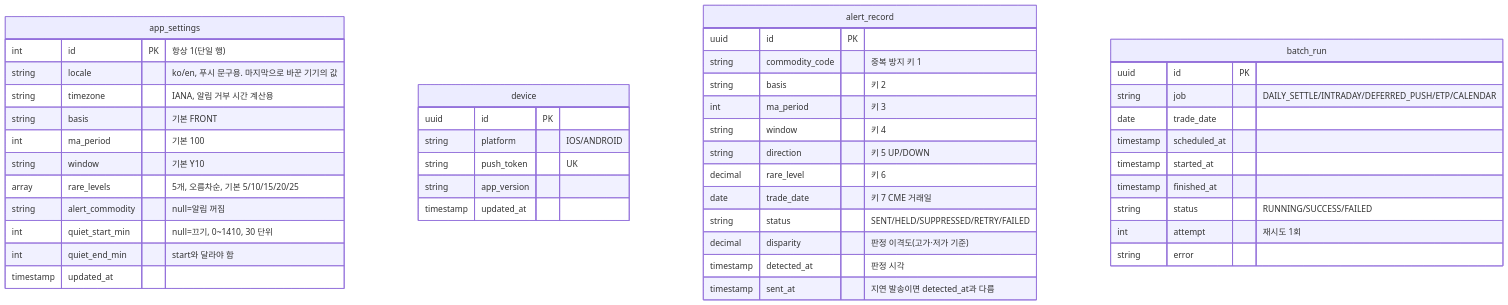
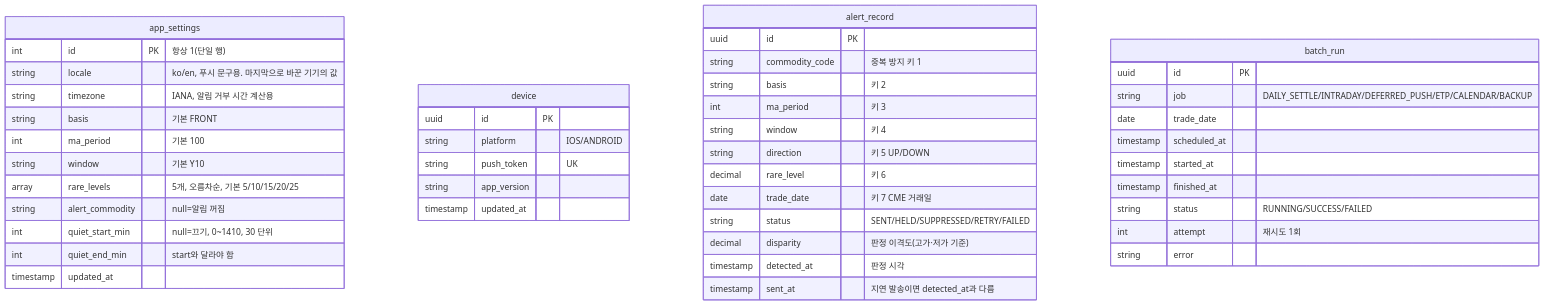
The third of 3 diagrams in docs/data-model.md (seyoun10/futureETP), drawn with Mermaid before and after one commit. The commit also changed other lines of this file and 6 other files, not shown here.

````diff
--- a/docs/data-model.md
+++ b/docs/data-model.md
@@ -232,48 +232,48 @@
 ```mermaid
 erDiagram
     app_settings {
         int id PK "항상 1(단일 행)"
         string locale "ko/en, 푸시 문구용. 마지막으로 바꾼 기기의 값"
         string timezone "IANA, 알림 거부 시간 계산용"
         string basis "기본 FRONT"
         int ma_period "기본 100"
         string window "기본 Y10"
         array rare_levels "5개, 오름차순, 기본 5/10/15/20/25"
         string alert_commodity "null=알림 꺼짐"
         int quiet_start_min "null=끄기, 0~1410, 30 단위"
         int quiet_end_min "start와 달라야 함"
         timestamp updated_at
     }
     device {
         uuid id PK
         string platform "IOS/ANDROID"
         string push_token "UK"
         string app_version
         timestamp updated_at
     }
     alert_record {
         uuid id PK
         string commodity_code "중복 방지 키 1"
         string basis "키 2"
         int ma_period "키 3"
         string window "키 4"
         string direction "키 5 UP/DOWN"
         decimal rare_level "키 6"
         date trade_date "키 7 CME 거래일"
         string status "SENT/HELD/SUPPRESSED/RETRY/FAILED"
         decimal disparity "판정 이격도(고가·저가 기준)"
         timestamp detected_at "판정 시각"
         timestamp sent_at "지연 발송이면 detected_at과 다름"
     }
     batch_run {
         uuid id PK
-        string job "DAILY_SETTLE/INTRADAY/DEFERRED_PUSH/ETP/CALENDAR"
+        string job "DAILY_SETTLE/INTRADAY/DEFERRED_PUSH/ETP/CALENDAR/BACKUP"
         date trade_date
         timestamp scheduled_at
         timestamp started_at
         timestamp finished_at
         string status "RUNNING/SUCCESS/FAILED"
         int attempt "재시도 1회"
         string error
     }
 ```
````
